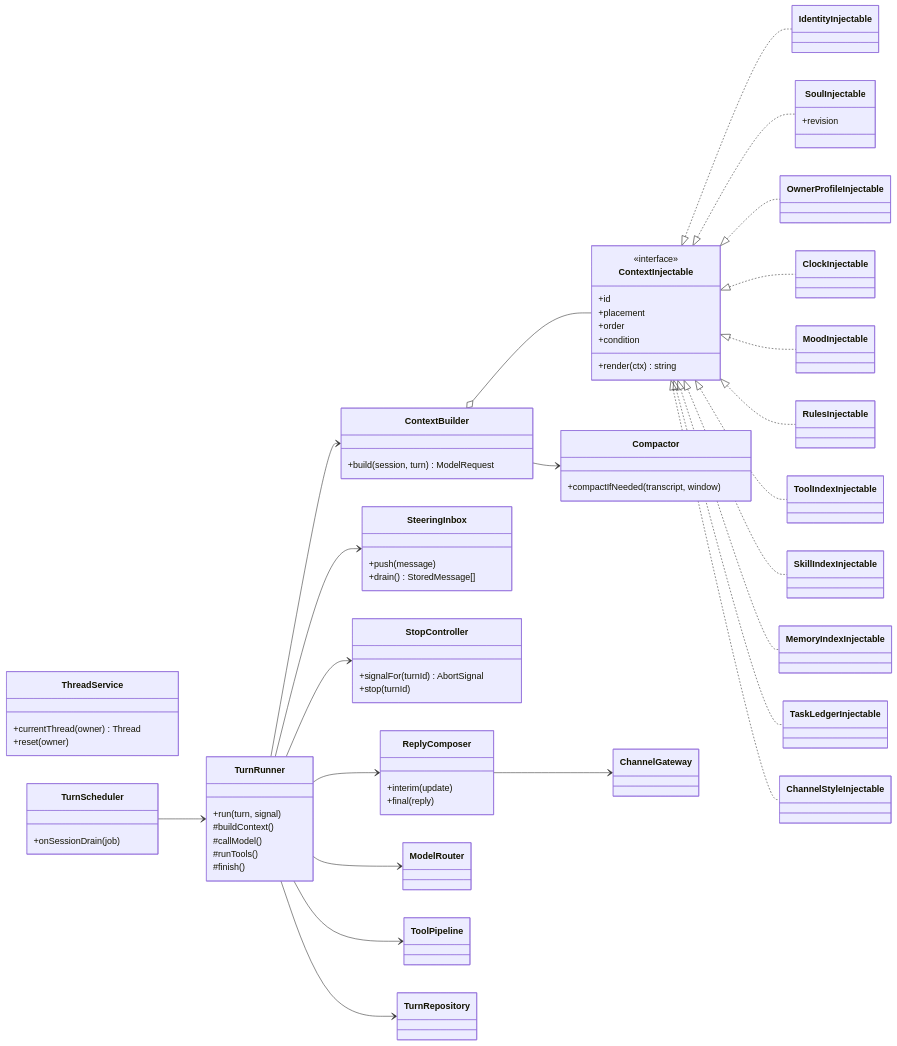
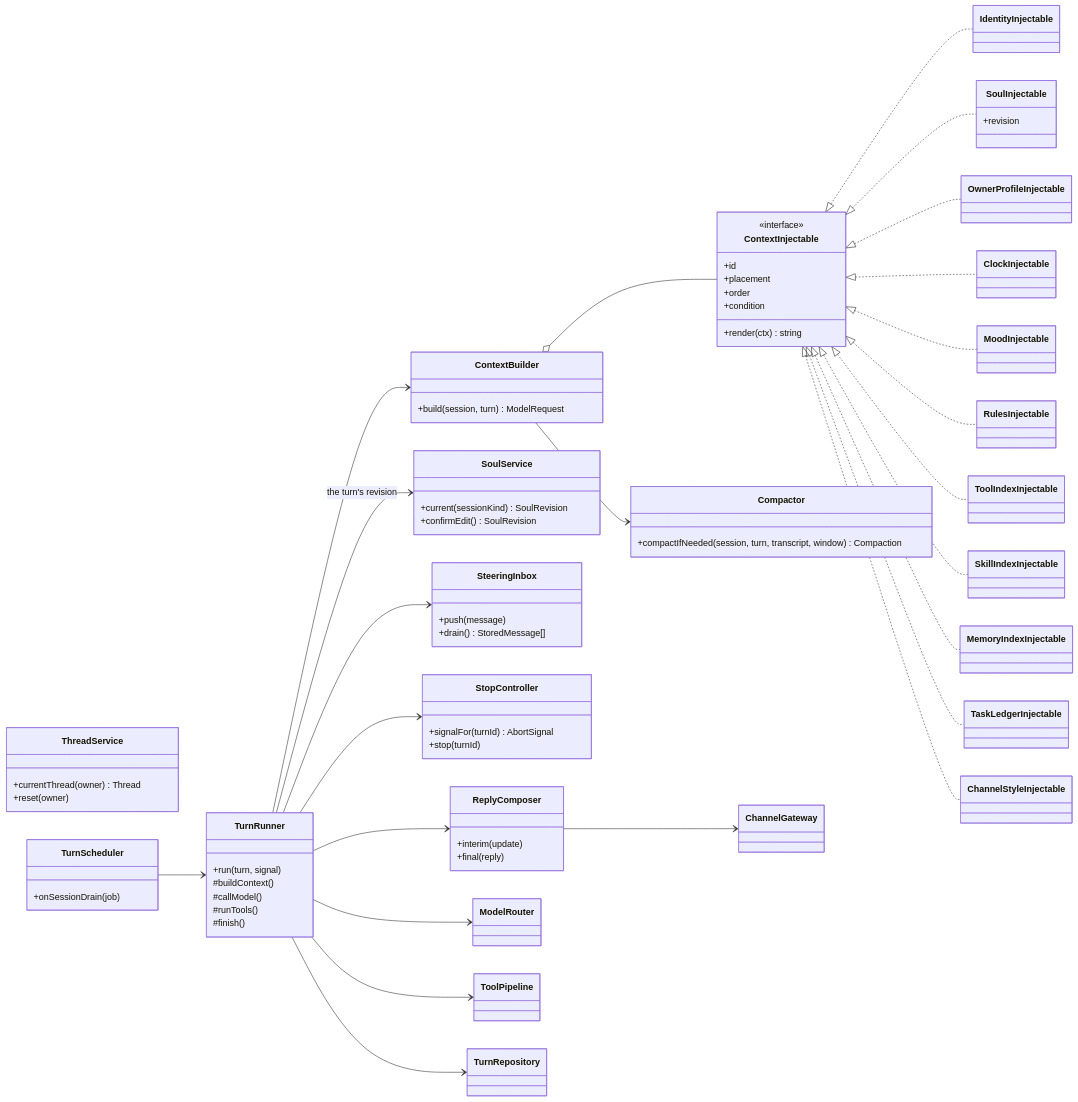
The fifth of 14 diagrams in docs/06-class-map.md (ggiraudon/shitsuji), drawn with Mermaid before and after one commit. The commit also changed 3 other files, not shown here.

First line of the commit message:
S23: Tick the compaction criterion and document the SOUL and summary

```diff
--- a/docs/06-class-map.md
+++ b/docs/06-class-map.md
@@ -341,7 +341,11 @@
   class TaskLedgerInjectable
   class ChannelStyleInjectable
   class Compactor {
-    +compactIfNeeded(transcript, window)
+    +compactIfNeeded(session, turn, transcript, window) Compaction
+  }
+  class SoulService {
+    +current(sessionKind) SoulRevision
+    +confirmEdit() SoulRevision
   }
   class SteeringInbox {
     +push(message)
@@ -358,6 +362,7 @@
 
   TurnScheduler --> TurnRunner
   TurnRunner --> ContextBuilder
+  TurnRunner --> SoulService : the turn's revision
   TurnRunner --> ModelRouter
   TurnRunner --> ToolPipeline
   TurnRunner --> SteeringInbox
```
